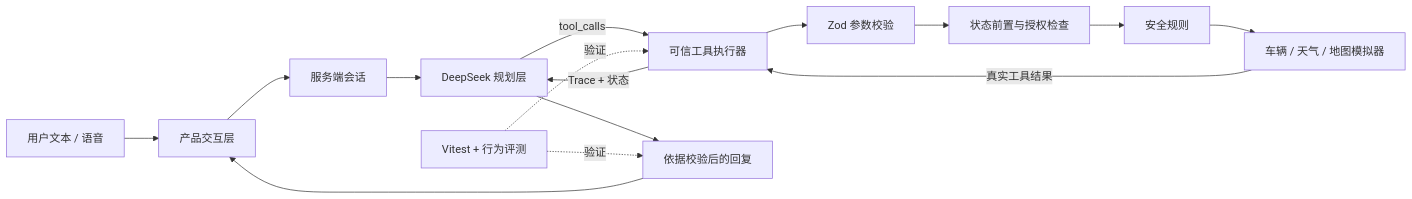
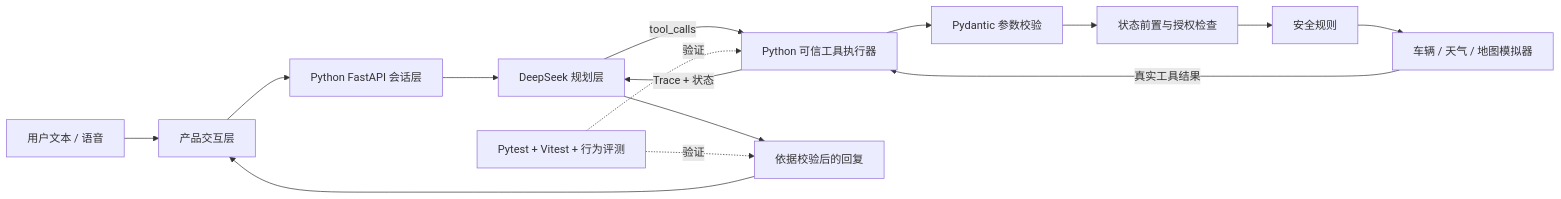
Before and after one commit to whisper621/CabinGuard: the diagram in README.md, drawn with Mermaid. The commit also changed other lines of this file and 37 other files, not shown here.

Commit message:
feat: add Python FastAPI agent backend

````diff
--- a/README.md
+++ b/README.md
@@ -87,18 +99,18 @@
 ```mermaid
 flowchart LR
     U[用户文本 / 语音] --> UI[产品交互层]
-    UI --> S[服务端会话]
+    UI --> S[Python FastAPI 会话层]
     S --> LLM[DeepSeek 规划层]
-    LLM -->|tool_calls| EX[可信工具执行器]
-    EX --> V[Zod 参数校验]
+    LLM -->|tool_calls| EX[Python 可信工具执行器]
+    EX --> V[Pydantic 参数校验]
     V --> P[状态前置与授权检查]
     P --> G[安全规则]
     G --> SIM[车辆 / 天气 / 地图模拟器]
     SIM -->|真实工具结果| EX
     EX -->|Trace + 状态| LLM
     LLM --> R[依据校验后的回复]
     R --> UI
 
-    T[Vitest + 行为评测] -.验证.-> EX
+    T[Pytest + Vitest + 行为评测] -.验证.-> EX
     T -.验证.-> R
 ```
````
